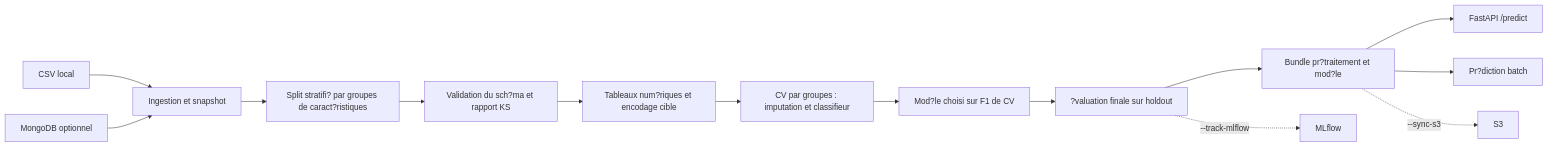
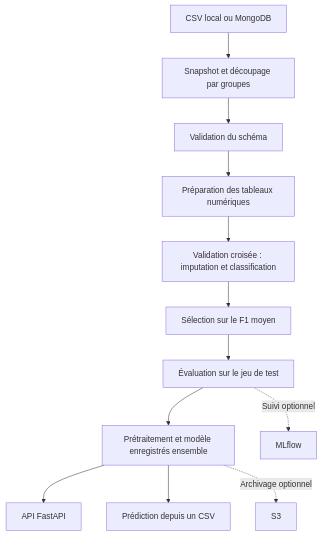
The diagram in README.md (informatikerVonBreuf/networksecurity), drawn with Mermaid before and after one commit. The commit also changed other lines of this file and 43 other files, not shown here.

````diff
--- a/README.md
+++ b/README.md
@@ -38,16 +99,14 @@
 ```mermaid
-flowchart LR
-    CSV[CSV local] --> I[Ingestion et snapshot]
-    DB[MongoDB optionnel] --> I
-    I --> S[Split stratifi? par groupes de caract?ristiques]
-    S --> V[Validation du sch?ma et rapport KS]
-    V --> T[Tableaux num?riques et encodage cible]
-    T --> CV[CV par groupes : imputation et classifieur]
-    CV --> M[Mod?le choisi sur F1 de CV]
-    M --> E[?valuation finale sur holdout]
-    E --> B[Bundle pr?traitement et mod?le]
-    B --> API[FastAPI /predict]
-    B --> Batch[Pr?diction batch]
-    E -. --track-mlflow .-> ML[MLflow]
-    B -. --sync-s3 .-> S3[S3]
+flowchart TD
+    A["CSV local ou MongoDB"] --> B["Snapshot et découpage par groupes"]
+    B --> C["Validation du schéma"]
+    C --> D["Préparation des tableaux numériques"]
+    D --> E["Validation croisée : imputation et classification"]
+    E --> F["Sélection sur le F1 moyen"]
+    F --> G["Évaluation sur le jeu de test"]
+    G --> H["Prétraitement et modèle enregistrés ensemble"]
+    H --> I["API FastAPI"]
+    H --> J["Prédiction depuis un CSV"]
+    G -. "Suivi optionnel" .-> K["MLflow"]
+    H -. "Archivage optionnel" .-> L["S3"]
 ```
````
